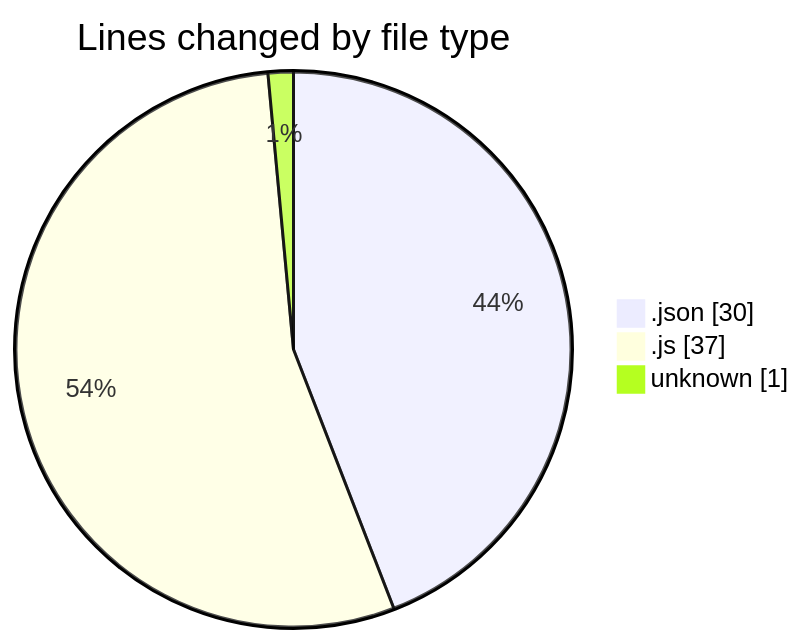
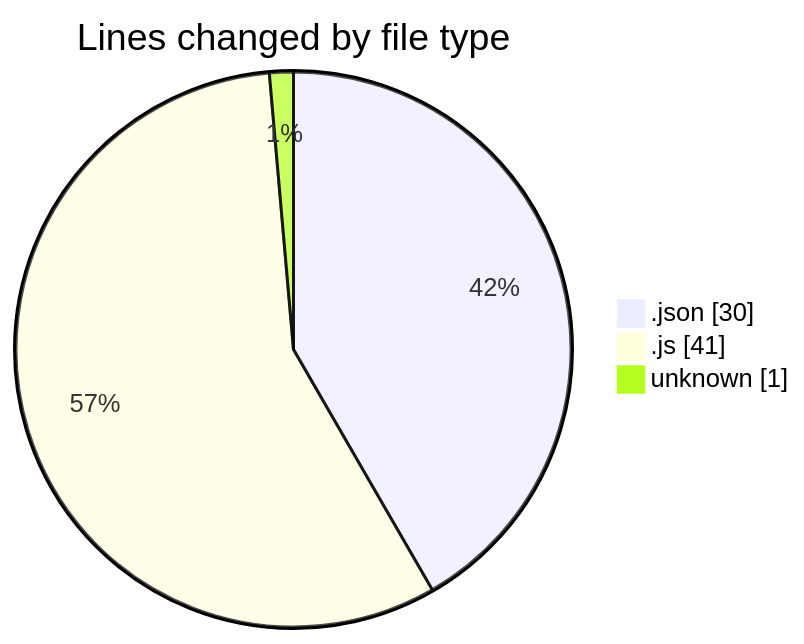
The first of 2 diagrams in 2025-07-16/mern-workoutboard/README.md (Ritupan-Deka/code-tracking), drawn with Mermaid before and after one commit. The commit also changed other lines of this file and 1 other file, not shown here.

````diff
--- a/2025-07-16/mern-workoutboard/README.md
+++ b/2025-07-16/mern-workoutboard/README.md
@@ -22,7 +22,7 @@
 ```mermaid
 pie showData
 title Lines changed by file type
 ".json" : 30
-".js" : 37
+".js" : 41
 "unknown" : 1
 ```
````
